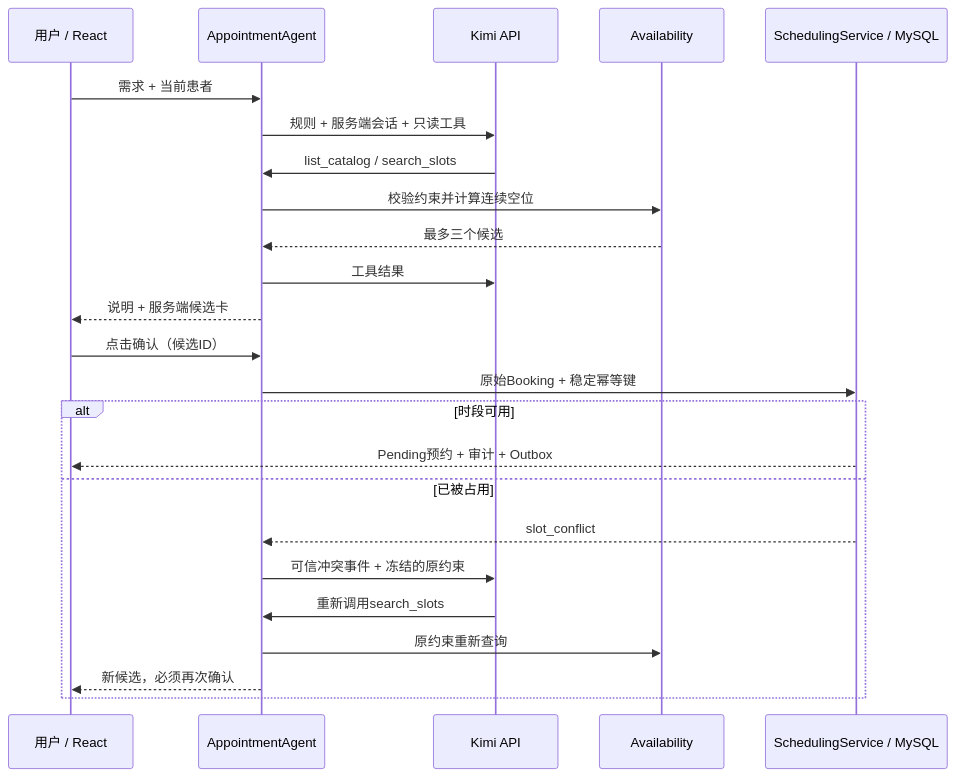
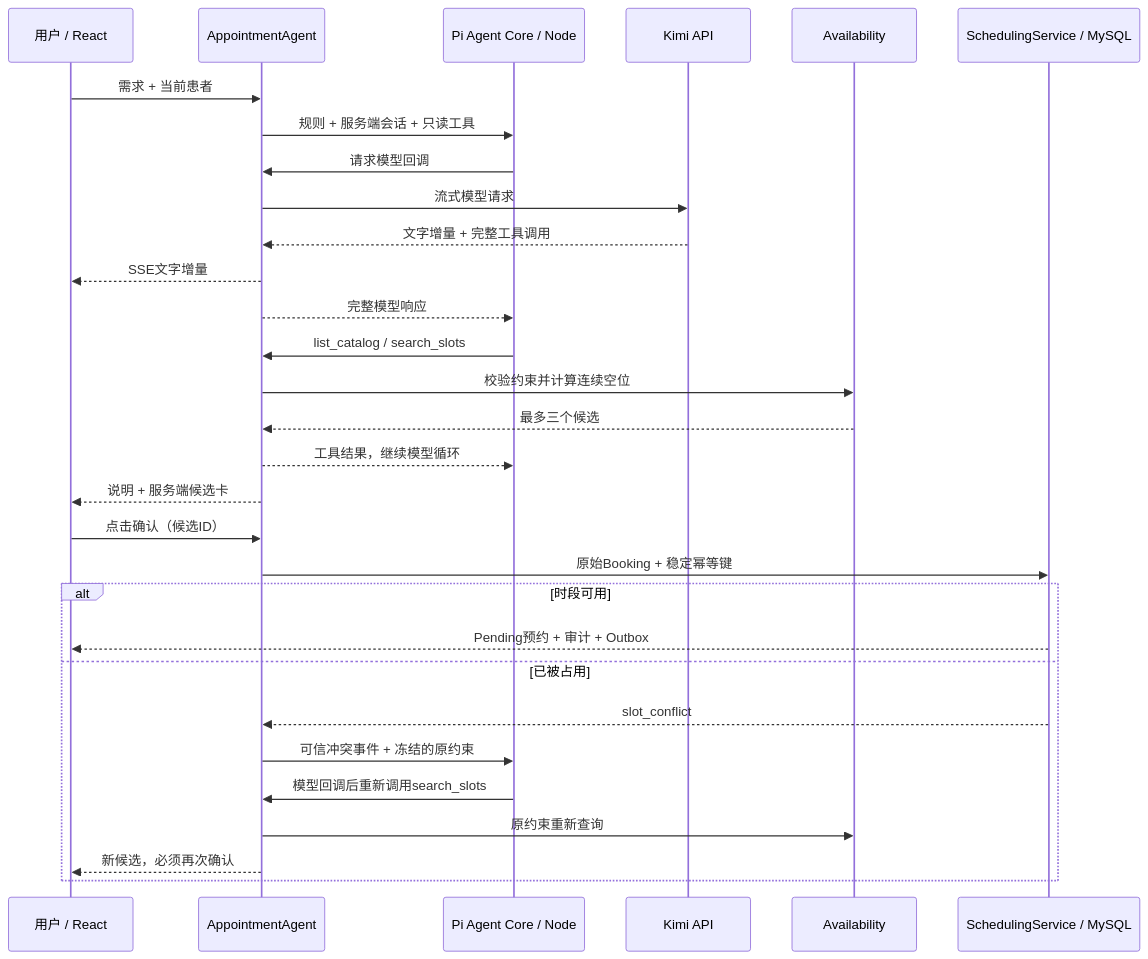
One commit to sjjjlol/ClinicFlow changed the diagram in docs/appointment-agent.md. Above: the diagram before and after it, drawn with Mermaid. The commit also changed other lines of this file and 62 other files, not shown here.

````diff
--- a/docs/appointment-agent.md
+++ b/docs/appointment-agent.md
@@ -35,26 +35,32 @@
 ```mermaid
 sequenceDiagram
     participant U as 用户 / React
     participant A as AppointmentAgent
+    participant P as Pi Agent Core / Node
     participant K as Kimi API
     participant Q as Availability
     participant S as SchedulingService / MySQL
     U->>A: 需求 + 当前患者
-    A->>K: 规则 + 服务端会话 + 只读工具
-    K->>A: list_catalog / search_slots
+    A->>P: 规则 + 服务端会话 + 只读工具
+    P->>A: 请求模型回调
+    A->>K: 流式模型请求
+    K-->>A: 文字增量 + 完整工具调用
+    A-->>U: SSE文字增量
+    A-->>P: 完整模型响应
+    P->>A: list_catalog / search_slots
     A->>Q: 校验约束并计算连续空位
     Q-->>A: 最多三个候选
-    A->>K: 工具结果
+    A-->>P: 工具结果，继续模型循环
     A-->>U: 说明 + 服务端候选卡
     U->>A: 点击确认（候选ID）
     A->>S: 原始Booking + 稳定幂等键
     alt 时段可用
         S-->>U: Pending预约 + 审计 + Outbox
     else 已被占用
         S-->>A: slot_conflict
-        A->>K: 可信冲突事件 + 冻结的原约束
-        K->>A: 重新调用search_slots
+        A->>P: 可信冲突事件 + 冻结的原约束
+        P->>A: 模型回调后重新调用search_slots
         A->>Q: 原约束重新查询
         A-->>U: 新候选，必须再次确认
     end
 ```
````
